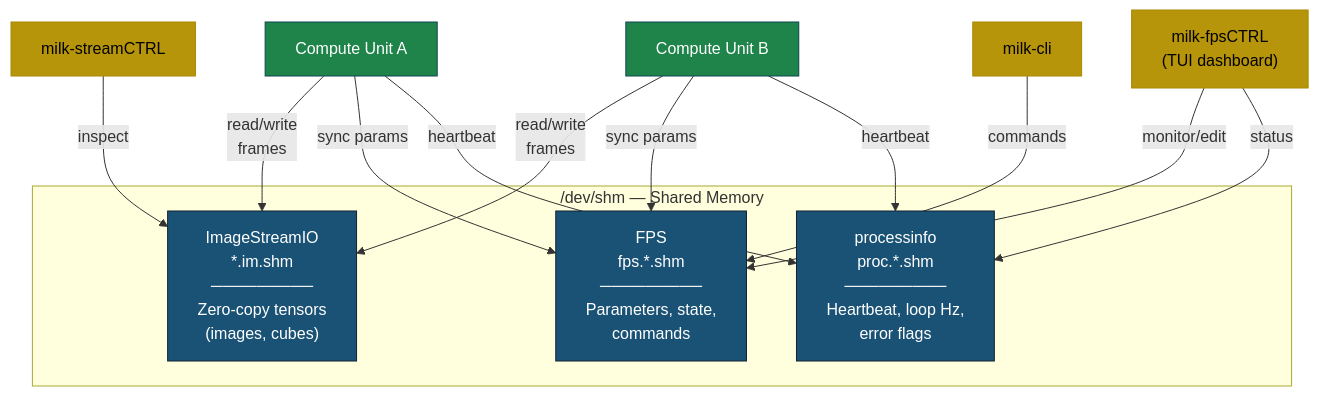
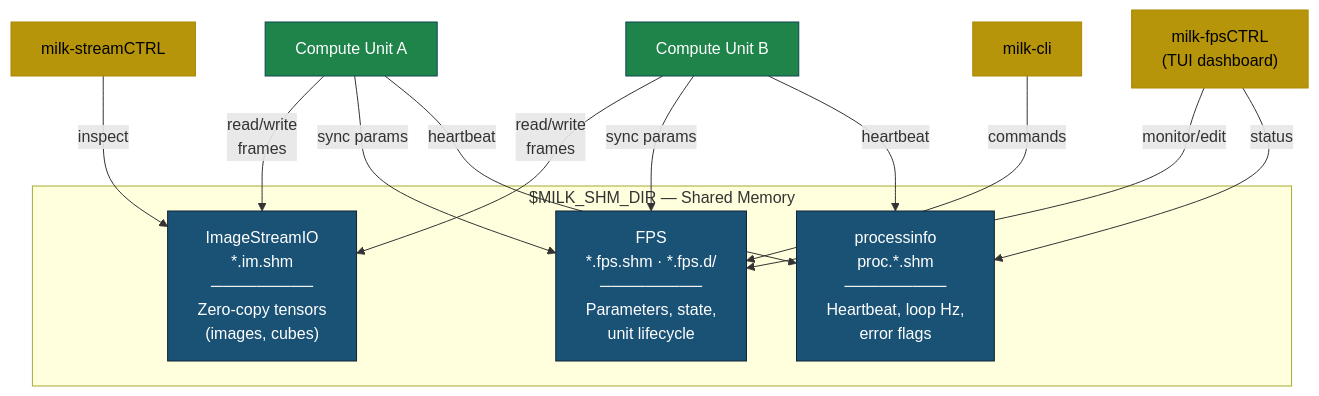
One commit to milk-org/milk changed the first of 3 diagrams in docs/arch/architecture.md. Above: the diagram before and after it, drawn with Mermaid. The commit also changed other lines of this file and 64 other files, not shown here.

First line of the commit message:
docs: update user guides, architecture references, and agent workflows for bash-engine and milk-CTRL

````diff
--- a/docs/arch/architecture.md
+++ b/docs/arch/architecture.md
@@ -40,27 +40,27 @@
 ```mermaid
 graph TD
-    subgraph "/dev/shm  —  Shared Memory"
+    subgraph "$MILK_SHM_DIR  —  Shared Memory"
         STREAMS["ImageStreamIO<br/>*.im.shm<br/>─────────<br/>Zero-copy tensors<br/>(images, cubes)"]
-        FPS["FPS<br/>fps.*.shm<br/>─────────<br/>Parameters, state,<br/>commands"]
+        FPS["FPS<br/>*.fps.shm · *.fps.d/<br/>─────────<br/>Parameters, state,<br/>unit lifecycle"]
         PINFO["processinfo<br/>proc.*.shm<br/>─────────<br/>Heartbeat, loop Hz,<br/>error flags"]
     end
 
     CU1["Compute Unit A"] -- "read/write<br/>frames" --> STREAMS
     CU2["Compute Unit B"] -- "read/write<br/>frames" --> STREAMS
     CU1 -- "sync params" --> FPS
     CU2 -- "sync params" --> FPS
     CU1 -- "heartbeat" --> PINFO
     CU2 -- "heartbeat" --> PINFO
 
     CLI["milk-cli"] -- "commands" --> FPS
     TUI["milk-fpsCTRL<br/>(TUI dashboard)"] -- "monitor/edit" --> FPS
     TUI -- "status" --> PINFO
     SCTRL["milk-streamCTRL"] -- "inspect" --> STREAMS
 
     classDef shm fill:#1a5276,stroke:#123,color:#fff
     classDef cu fill:#1e8449,stroke:#145,color:#fff
     classDef ui fill:#b7950b,stroke:#a80,color:#000
     class STREAMS,FPS,PINFO shm
     class CU1,CU2 cu
     class CLI,TUI,SCTRL ui
 ```
````
